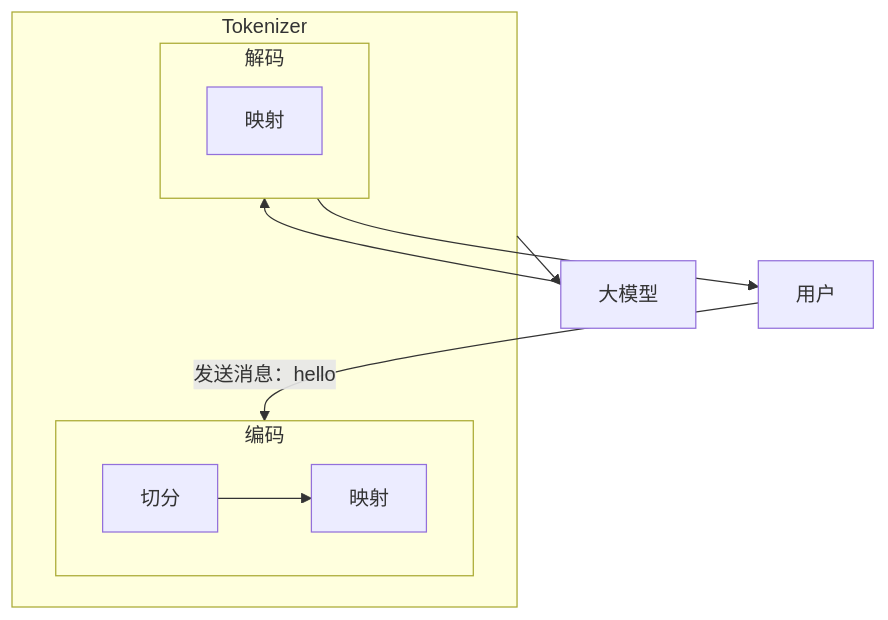
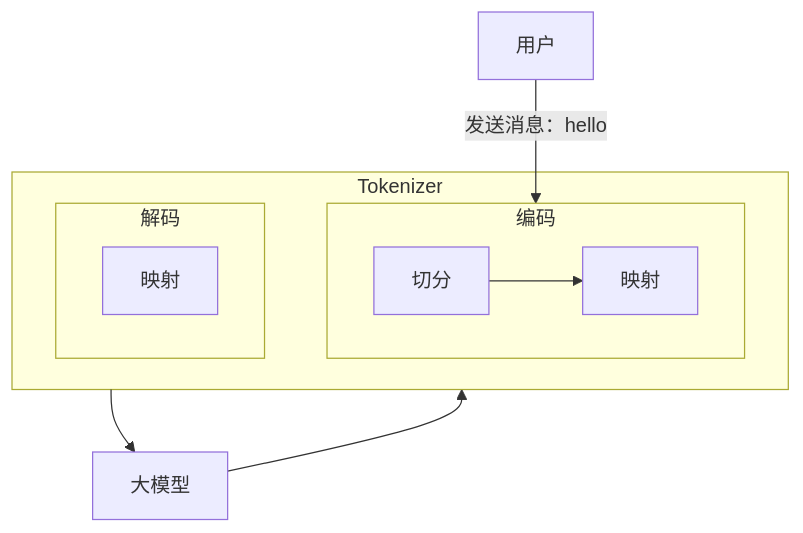
One commit to wangxiaoqi0123/iodraw-files changed the diagram in all/未命名.md. Above: the diagram before and after it, drawn with Mermaid.

Commit message:
2026-04-09 17:00:12 update

````diff
--- a/all/未命名.md
+++ b/all/未命名.md
@@ -1,28 +1,28 @@
 ```mermaid
 flowchart 
     U[用户]
     M[大模型]
 
     %% 外层包裹：文本处理阶段
     subgraph Pipeline[Tokenizer]
         
         %% 编码模块
         subgraph Encoder[编码]
             E1[切分]
             E2[映射]
         end
 
         %% 解码模块
         subgraph Decoder[解码]
             D1[映射]
         end
 
     end
 
     %% 流程连接
     U -- 发送消息：hello --> Encoder
     E1 --> E2
     Pipeline --> M
-    M --> Decoder
-    Decoder --> U
+    M --> Pipeline
+
 ```
````
